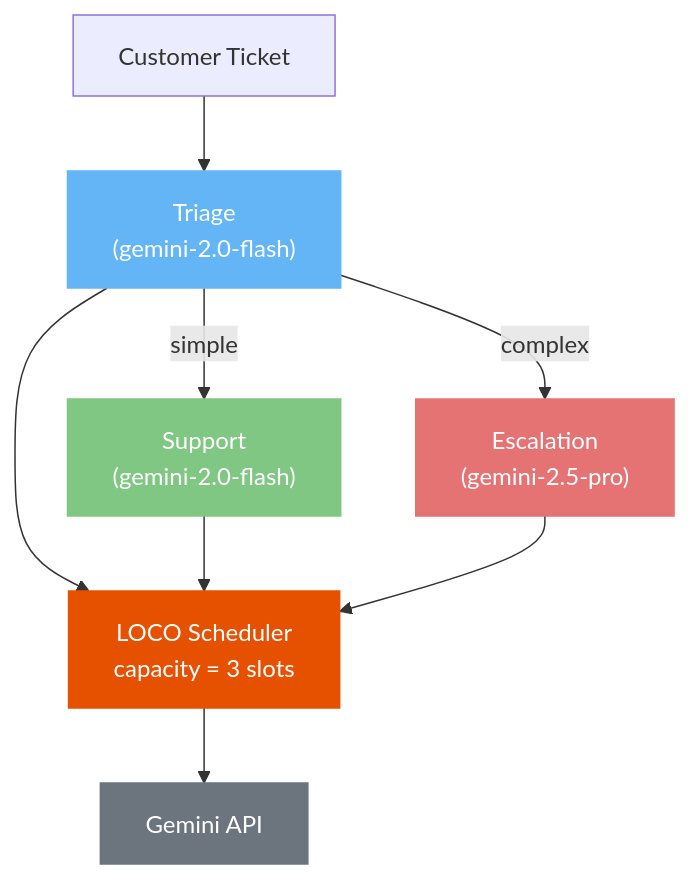
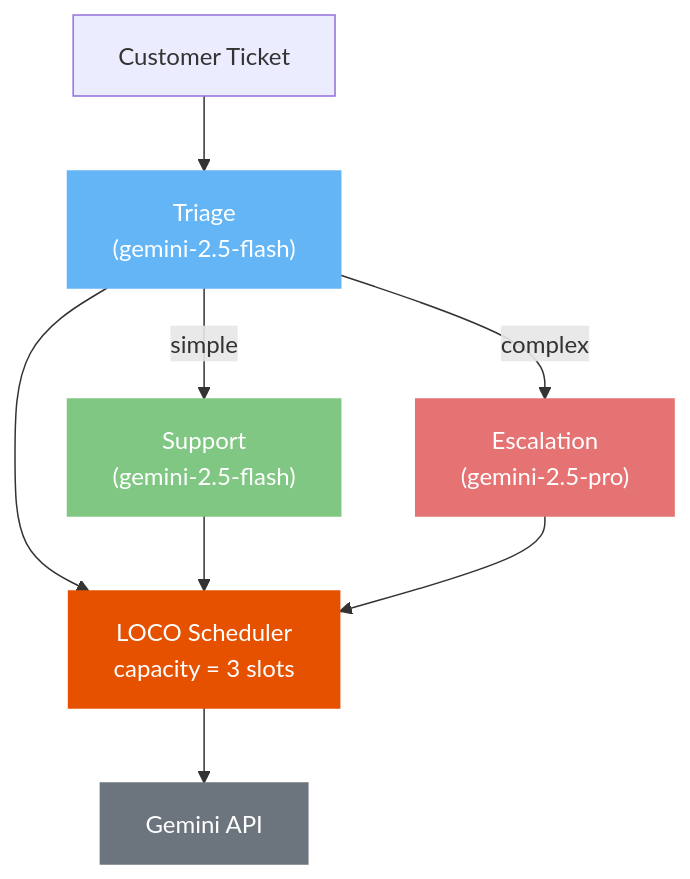
One commit to ArielSmoliar/loco-adk-demo changed the diagram in README.md. Above: the diagram before and after it, drawn with Mermaid. The commit also changed other lines of this file and 3 other files, not shown here.

````diff
--- a/README.md
+++ b/README.md
@@ -54,18 +54,18 @@
 ```mermaid
 graph TD
-    T["Customer Ticket"] --> TRIAGE["Triage\n(gemini-2.0-flash)"]
-    TRIAGE -->|simple| SUPPORT["Support\n(gemini-2.0-flash)"]
+    T["Customer Ticket"] --> TRIAGE["Triage\n(gemini-2.5-flash)"]
+    TRIAGE -->|simple| SUPPORT["Support\n(gemini-2.5-flash)"]
     TRIAGE -->|complex| ESCALATION["Escalation\n(gemini-2.5-pro)"]
 
     TRIAGE --> LOCO
     SUPPORT --> LOCO
     ESCALATION --> LOCO
 
     LOCO["LOCO Scheduler\ncapacity = 3 slots"] --> API["Gemini API"]
 
     style TRIAGE fill:#64B5F6,color:#fff,stroke:#64B5F6
     style SUPPORT fill:#81C784,color:#fff,stroke:#81C784
     style ESCALATION fill:#E57373,color:#fff,stroke:#E57373
     style LOCO fill:#e65100,color:#fff,stroke:#e65100
     style API fill:#6c757d,color:#fff,stroke:#6c757d
 ```
````
